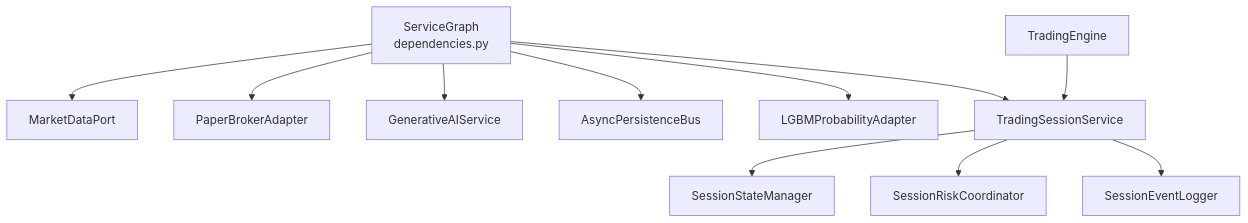
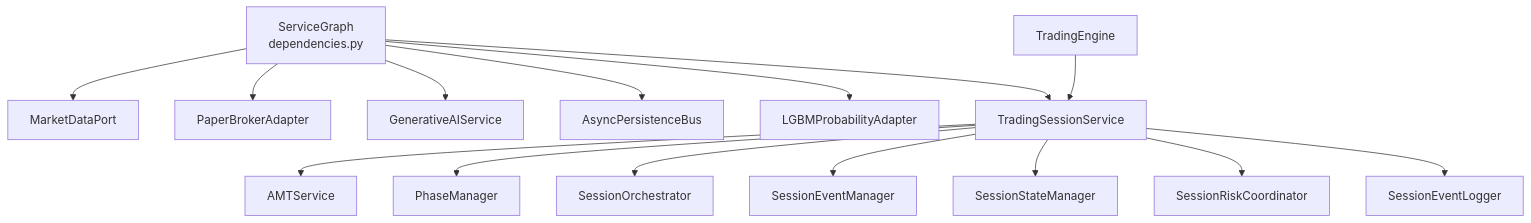
One commit to gemrajkhatry-maker/v5-of-glassytrade-ai changed diagram 14 of 14 in .qoder/repowiki/en/content/Backend Application/Core Services/Trading Session Service.md. Above: the diagram before and after it, drawn with Mermaid. The commit also changed other lines of this file and 219 other files, not shown here.

First line of the commit message:
refactor: major architecture improvements across backend, backendv2, brokers, and frontend

````diff
--- a/.qoder/repowiki/en/content/Backend Application/Core Services/Trading Session Service.md
+++ b/.qoder/repowiki/en/content/Backend Application/Core Services/Trading Session Service.md
@@ -410,13 +566,17 @@
 ```mermaid
 graph TB
 SG["ServiceGraph<br/>dependencies.py"] --> MD["MarketDataPort"]
 SG --> BR["PaperBrokerAdapter"]
 SG --> GAIS["GenerativeAIService"]
 SG --> ST["AsyncPersistenceBus"]
 SG --> PE["LGBMProbabilityAdapter"]
 SG --> TSS["TradingSessionService"]
 TE["TradingEngine"] --> TSS
+TSS --> AMTS["AMTService"]
+TSS --> PM["PhaseManager"]
+TSS --> SO["SessionOrchestrator"]
+TSS --> SER["SessionEventManager"]
 TSS --> SSM["SessionStateManager"]
 TSS --> SRC["SessionRiskCoordinator"]
 TSS --> SEL["SessionEventLogger"]
 ```
````
